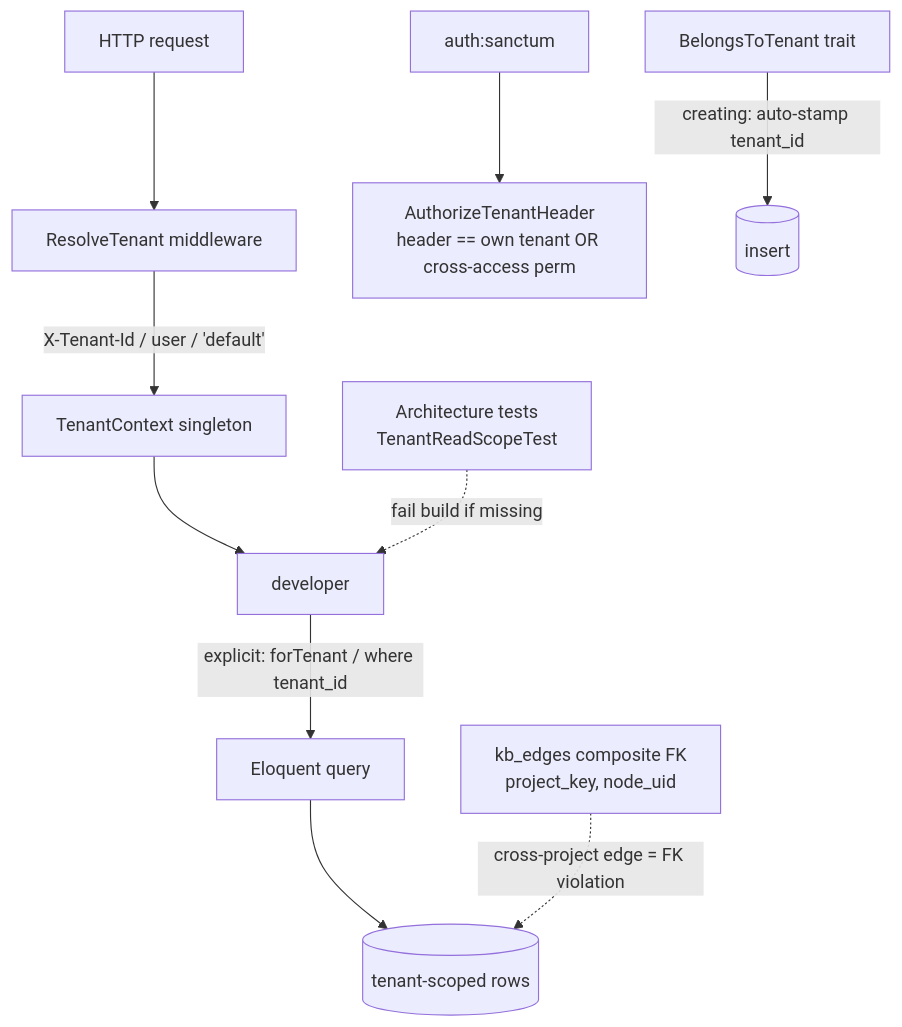
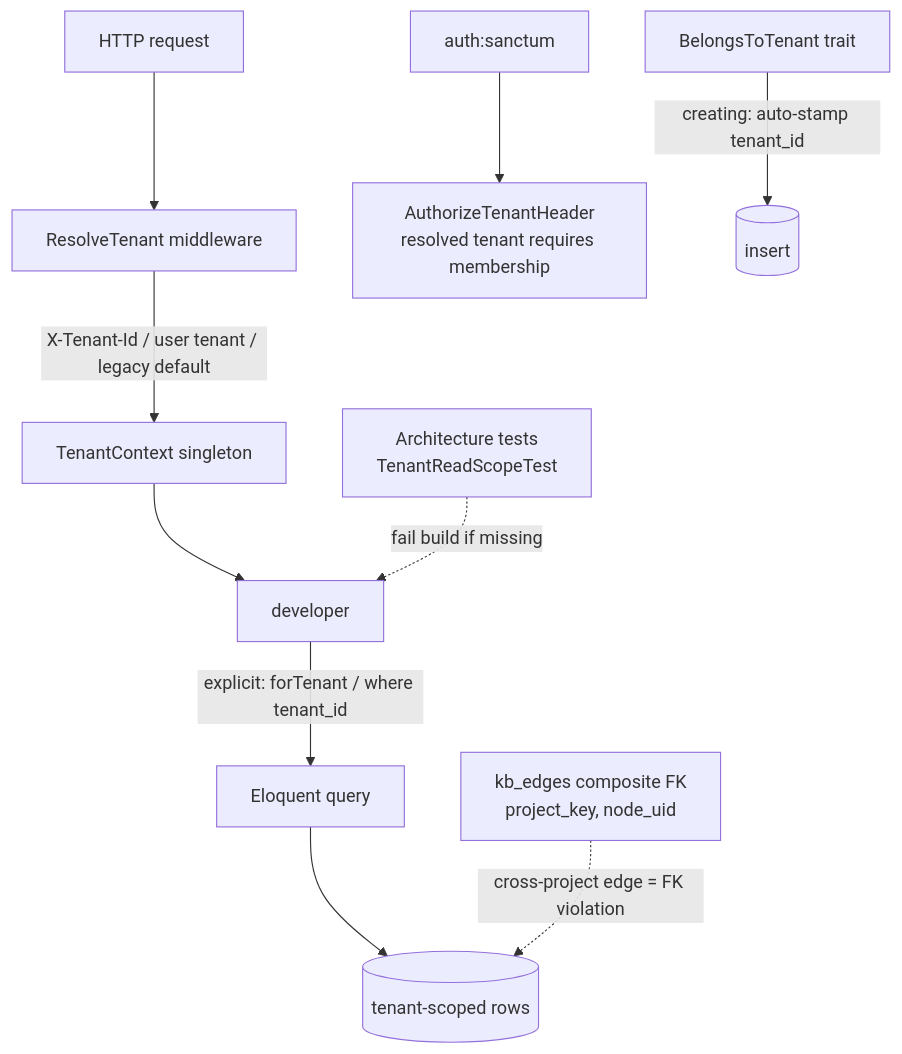
Before and after one commit to lopadova/AskMyDocs: the diagram in docs-site/multi-tenant-isolation.mdx, drawn with Mermaid. The commit also changed other lines of this file and 11 other files, not shown here.

Commit message:
docs(tenancy): record membership-only operational access

````diff
--- a/docs-site/multi-tenant-isolation.mdx
+++ b/docs-site/multi-tenant-isolation.mdx
@@ -26,12 +26,12 @@
 ```mermaid
 flowchart TD
     REQ[HTTP request] --> RT[ResolveTenant middleware]
-    RT -->|X-Tenant-Id / user / 'default'| TC[TenantContext singleton]
-    AUTH[auth:sanctum] --> ATH[AuthorizeTenantHeader<br/>header == own tenant OR cross-access perm]
+    RT -->|X-Tenant-Id / user tenant / legacy default| TC[TenantContext singleton]
+    AUTH[auth:sanctum] --> ATH[AuthorizeTenantHeader<br/>resolved tenant requires membership]
     TC --> DEV[developer]
     DEV -->|explicit: forTenant / where tenant_id| Q[Eloquent query]
     BT[BelongsToTenant trait] -->|creating: auto-stamp tenant_id| INS[(insert)]
     ARCH[Architecture tests<br/>TenantReadScopeTest] -.->|fail build if missing| DEV
     Q --> DB[(tenant-scoped rows)]
     FK[kb_edges composite FK<br/>project_key, node_uid] -.->|cross-project edge = FK violation| DB
 ```
````
